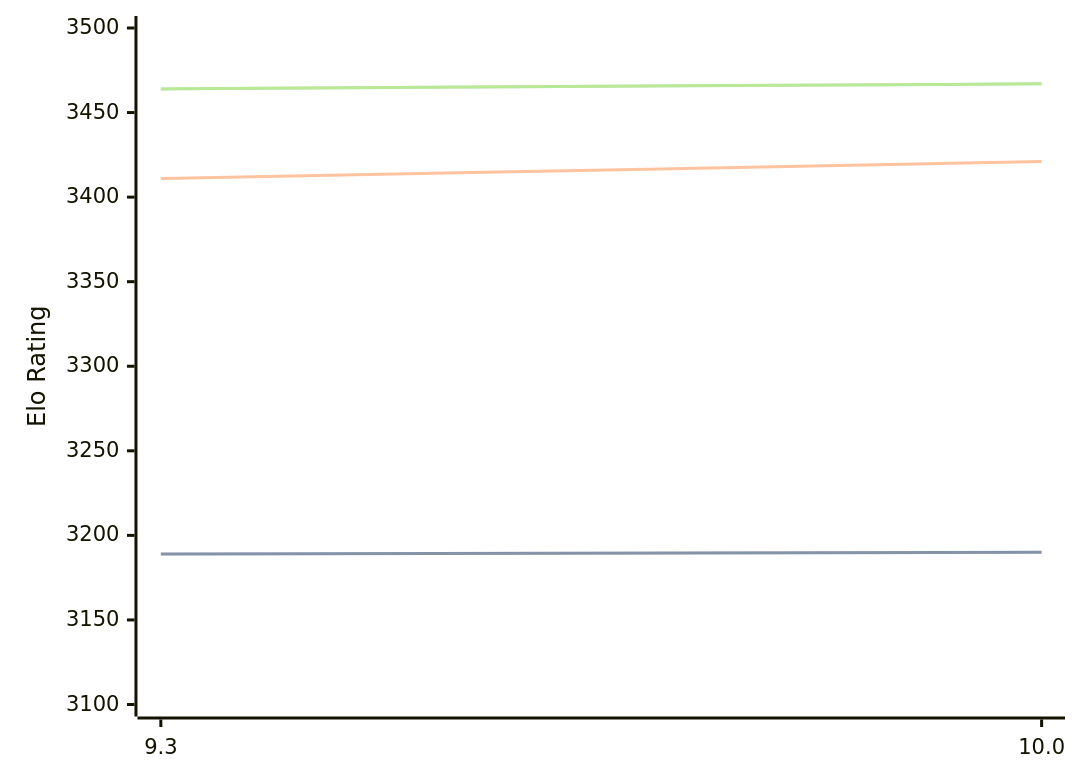
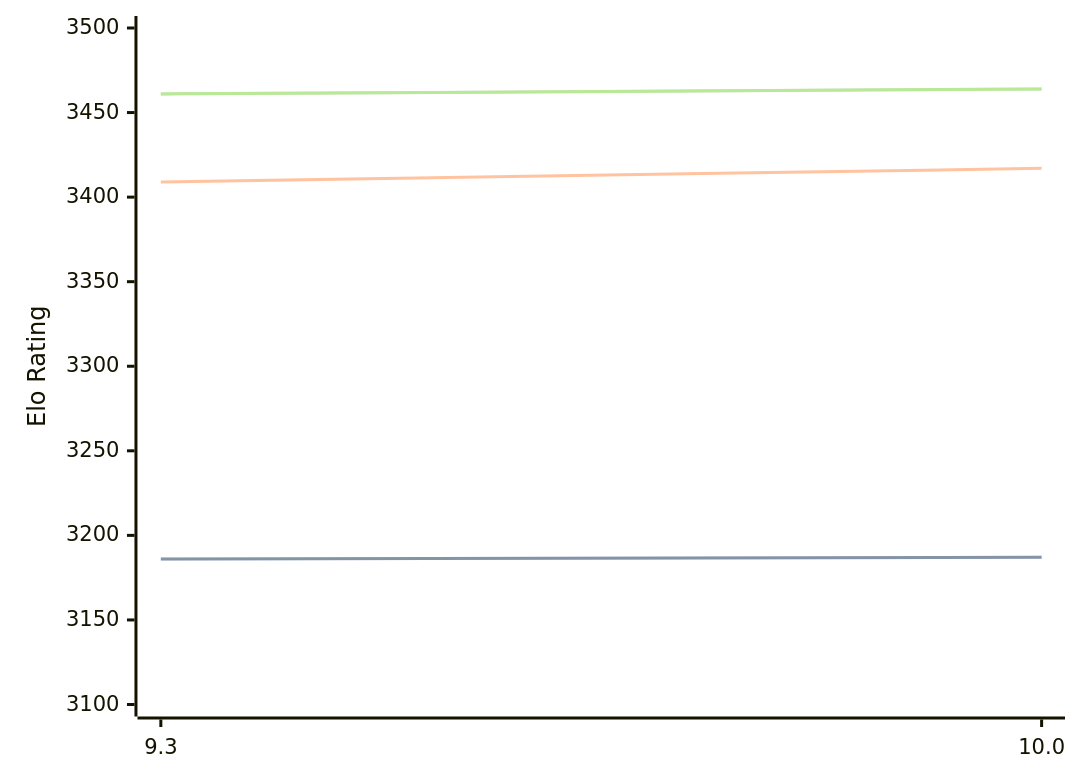
Before and after one commit to computer-chess-index/cci: the diagram in engines/Fire.md, drawn with Mermaid. The commit also changed other lines of this file, not shown here.

Commit message:
Update CCI Ratings (ELO VLTC) - 2026-03-10

````diff
--- a/engines/Fire.md
+++ b/engines/Fire.md
@@ -45,11 +45,11 @@
 ```mermaid
 %%{init: {"theme":"base","themeVariables":{"seriesColors:['#a3a3a3','#222221','#faa371']}}}%%
 xychart-beta
   x-axis ["9.3", "10.0"]
   y-axis "Elo Rating" 3100 --> 3500
-  line "STC (8.0+0.08s)" [3189, 3190]
-  line "STC (8.0+0.08s)" [3189, 3190]
-  line "LTC (60.0+0.60s)" [3411, 3421]
-  line "VLTC (2m24s+1.12s)" [3464, 3467]
-  line "VLTC (2m24s+1.12s)" [3464, 3467]
+  line "STC (8.0+0.08s)" [3186, 3187]
+  line "STC (8.0+0.08s)" [3186, 3187]
+  line "LTC (60.0+0.60s)" [3409, 3417]
+  line "VLTC (2m24s+1.12s)" [3461, 3464]
+  line "VLTC (2m24s+1.12s)" [3461, 3464]
 ```
````
